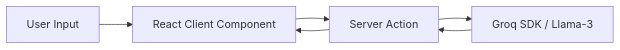
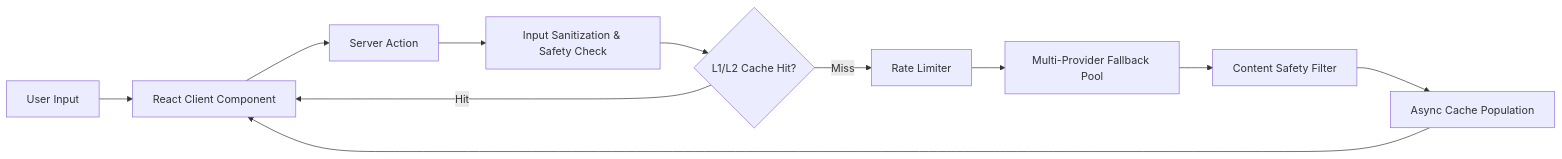
Before and after one commit to shivasap27sh-del/freeviralkit: the first of 3 diagrams in ARCHITECTURE.md, drawn with Mermaid. The commit also changed other lines of this file and 10 other files, not shown here.

````diff
--- a/ARCHITECTURE.md
+++ b/ARCHITECTURE.md
@@ -52,8 +110,13 @@
 ```mermaid
 graph LR
     User[User Input] --> Client[React Client Component]
     Client --> Action[Server Action]
-    Action --> Groq[Groq SDK / Llama-3]
-    Groq --> Action
-    Action --> Client
+    Action --> Validate[Input Sanitization & Safety Check]
+    Validate --> Cache{L1/L2 Cache Hit?}
+    Cache -->|Hit| Client
+    Cache -->|Miss| RateLimit[Rate Limiter]
+    RateLimit --> AI[Multi-Provider Fallback Pool]
+    AI --> Safety[Content Safety Filter]
+    Safety --> CacheWrite[Async Cache Population]
+    CacheWrite --> Client
 ```
````
